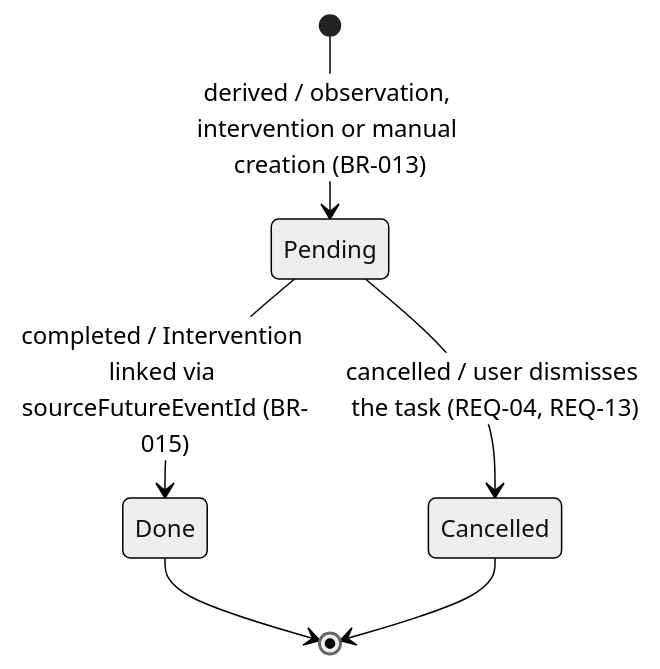
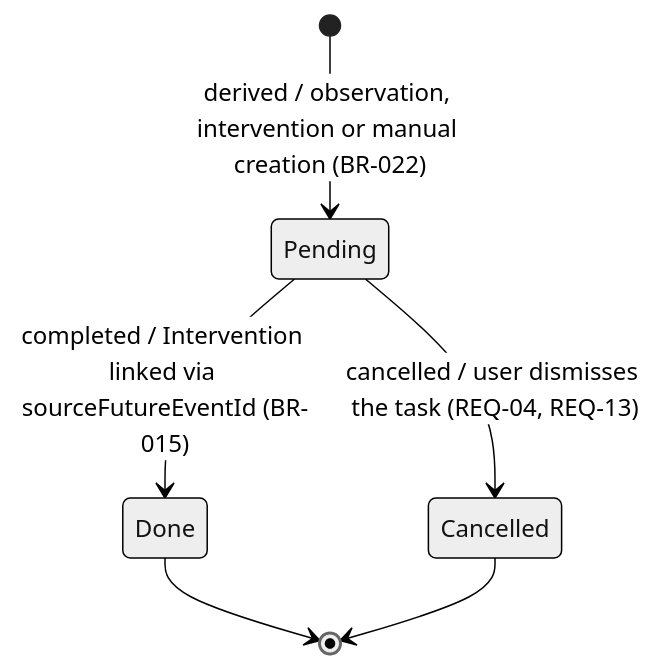
The diagram in docs/domain-model/object-model/planned-task-state-diagram.md (lyndametref/geep), drawn with Mermaid (neutral theme) before and after one commit. The commit also changed other lines of this file and 19 other files, not shown here.

````diff
--- a/docs/domain-model/object-model/planned-task-state-diagram.md
+++ b/docs/domain-model/object-model/planned-task-state-diagram.md
@@ -25,8 +25,8 @@
 ```mermaid
 stateDiagram-v2
-    [*] --> Pending : derived / observation, intervention or manual creation (BR-013)
+    [*] --> Pending : derived / observation, intervention or manual creation (BR-022)
     Pending --> Done : completed / Intervention linked via sourceFutureEventId (BR-015)
     Pending --> Cancelled : cancelled / user dismisses the task (REQ-04, REQ-13)
     Done --> [*]
     Cancelled --> [*]
 ```
````
